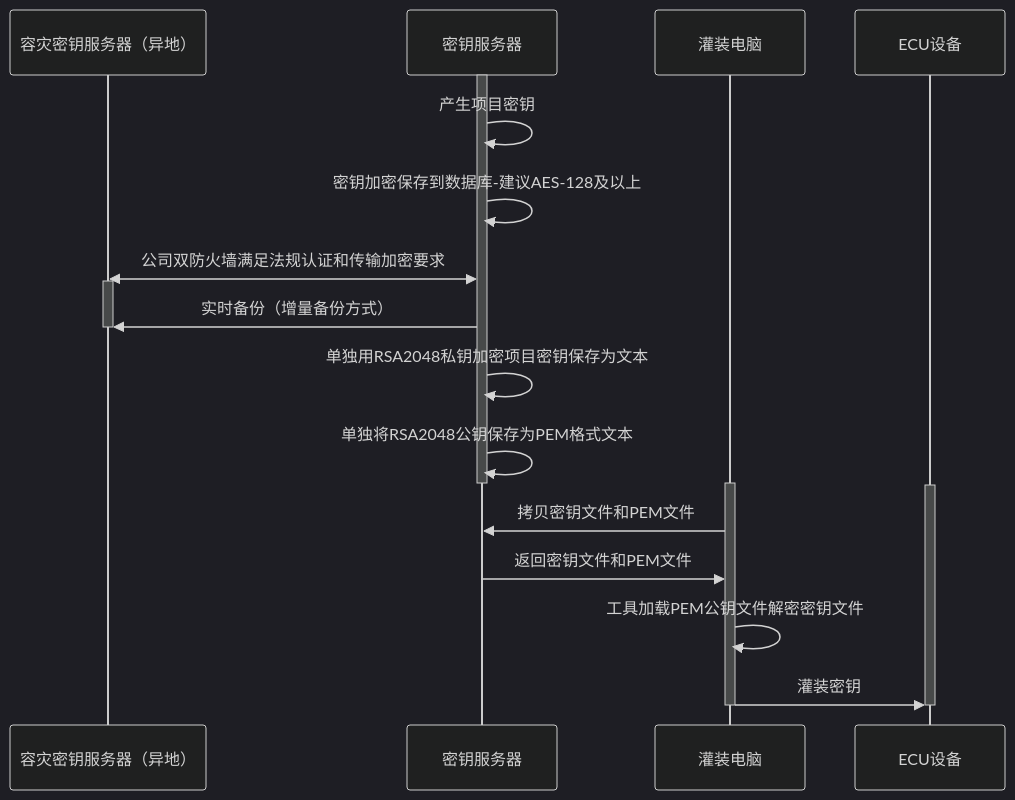
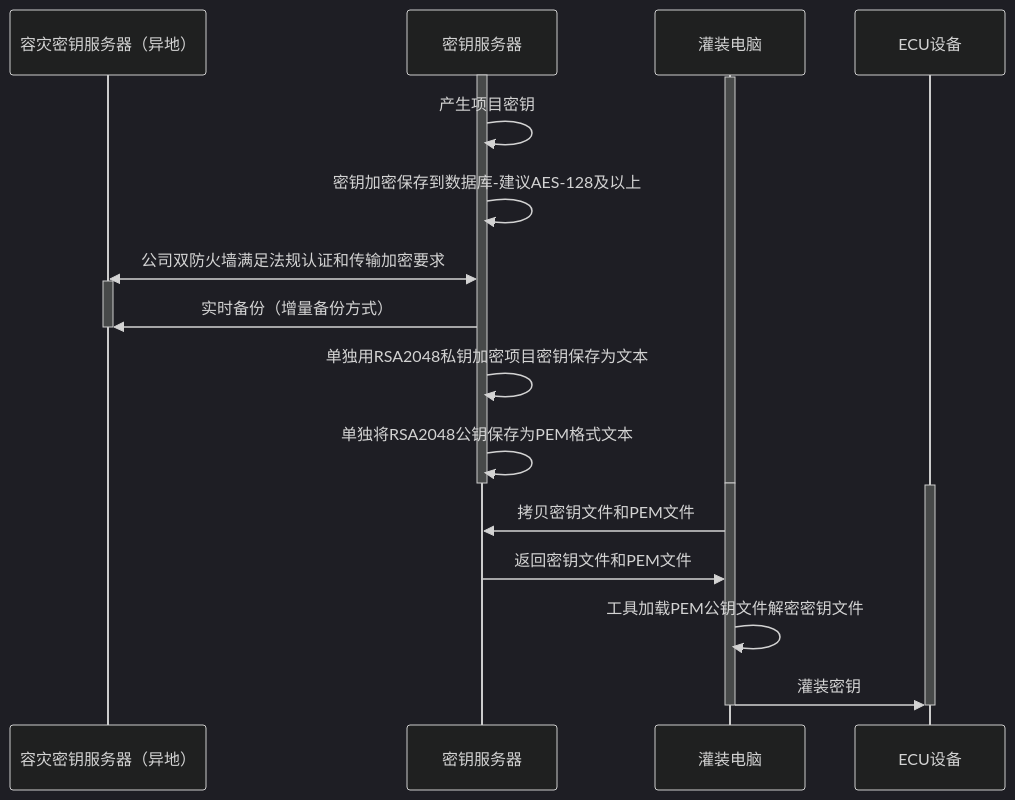
Before and after one commit to facebook-cloud/iodraw-files: the diagram in all/未命名-15.md, drawn with Mermaid (dark theme).

Commit message:
2026-02-11 19:18:13 update

````diff
--- a/all/未命名-15.md
+++ b/all/未命名-15.md
@@ -1,31 +1,33 @@
 ```mermaid
 sequenceDiagram
     participant A as 容灾密钥服务器（异地）
     participant B as 密钥服务器
     participant D as 灌装电脑
     participant E as ECU设备
 
     activate B
+    activate D
     B->>B: 产生项目密钥
     B->>B: 密钥加密保存到数据库-建议AES-128及以上
     A<<->>B: 公司双防火墙满足法规认证和传输加密要求
 
     activate A
     B->>A: 实时备份（增量备份方式）
     deactivate A
     B->>B: 单独用RSA2048私钥加密项目密钥保存为文本
     B->>B: 单独将RSA2048公钥保存为PEM格式文本
     deactivate B
+    deactivate D
     
 
     activate D
     activate E
 
     D->>B: 拷贝密钥文件和PEM文件
     B->>D: 返回密钥文件和PEM文件
     D->>D:工具加载PEM公钥文件解密密钥文件
     D->>E: 灌装密钥
     deactivate D
     deactivate E
 
 ```
````
